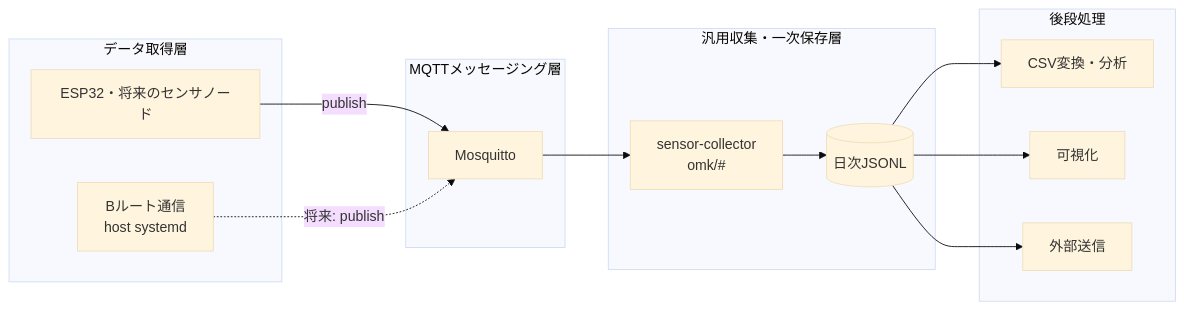
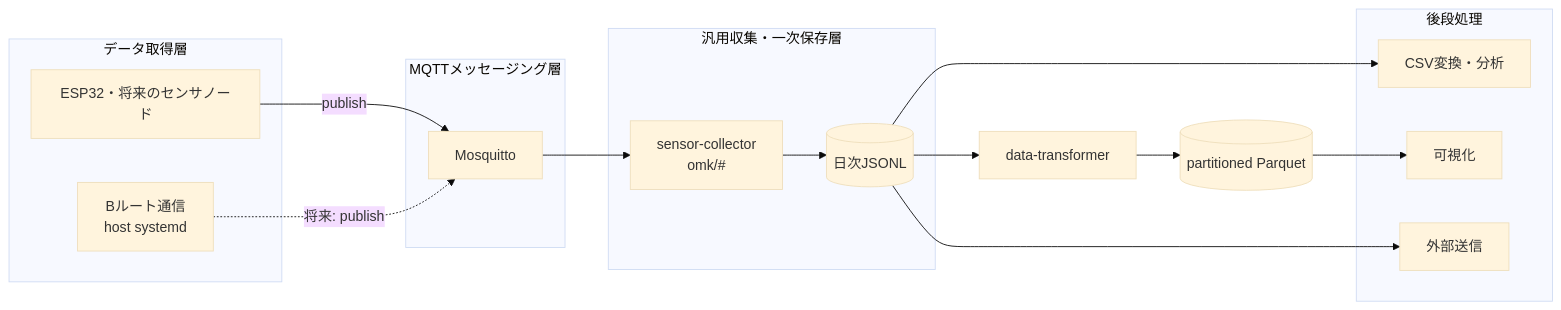
One commit to shattori-criepi/omk changed the second of 2 diagrams in docs/architecture.md. Above: the diagram before and after it, drawn with Mermaid (base theme). The commit also changed other lines of this file and 11 other files, not shown here.

Commit message:
feat: add JSONL to Parquet data transformer

````diff
--- a/docs/architecture.md
+++ b/docs/architecture.md
@@ -91,25 +91,27 @@
 ```mermaid
 flowchart LR
     subgraph Acquisition[データ取得層]
         ESP[ESP32・将来のセンサノード]
         BR[Bルート通信<br/>host systemd]
     end
     subgraph Messaging[MQTTメッセージング層]
         MQ[Mosquitto]
     end
     subgraph Collection[汎用収集・一次保存層]
         COL[sensor-collector<br/>omk/#]
         JSONL[(日次JSONL)]
     end
     subgraph Downstream[後段処理]
         CSV[CSV変換・分析]
         VIEW[可視化]
         SEND[外部送信]
     end
     ESP -->|publish| MQ
     BR -. 将来: publish .-> MQ
     MQ --> COL --> JSONL
+    JSONL --> TRANSFORM[data-transformer]
+    TRANSFORM --> PARQUET[(partitioned Parquet)]
     JSONL --> CSV
-    JSONL --> VIEW
+    PARQUET --> VIEW
     JSONL --> SEND
 ```
````
